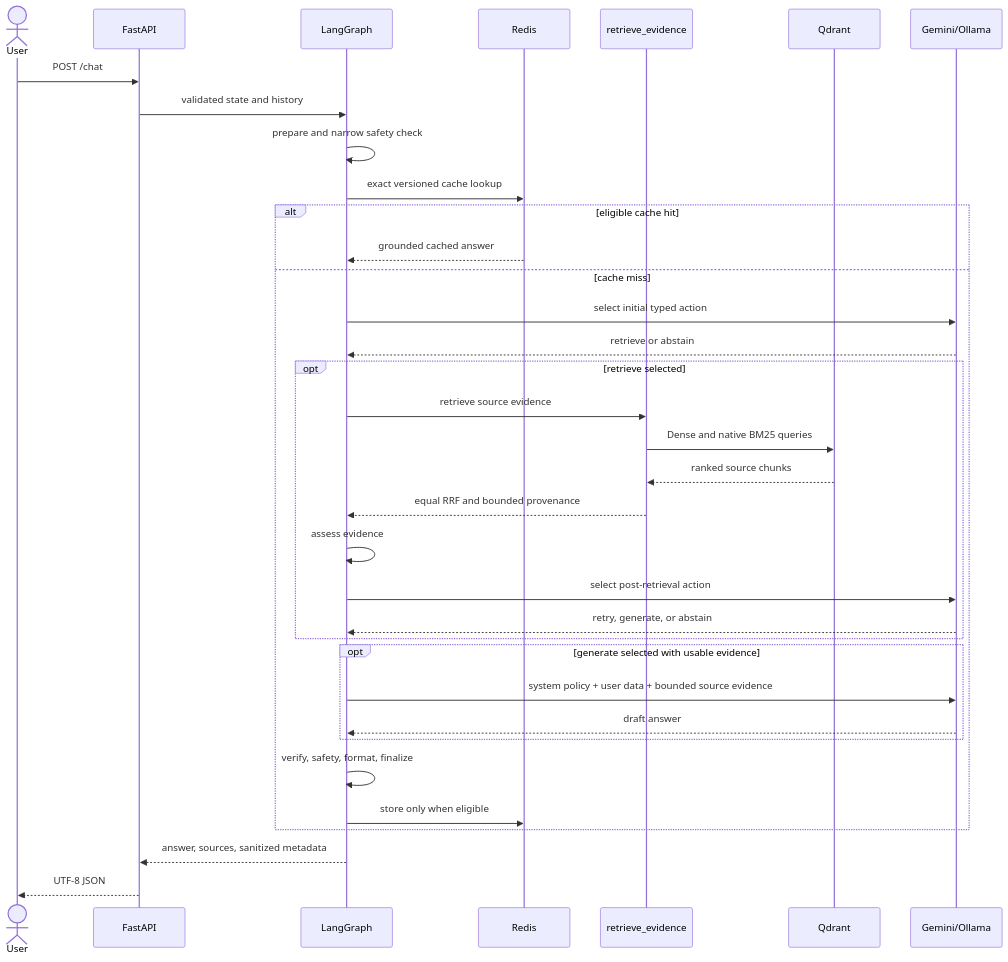
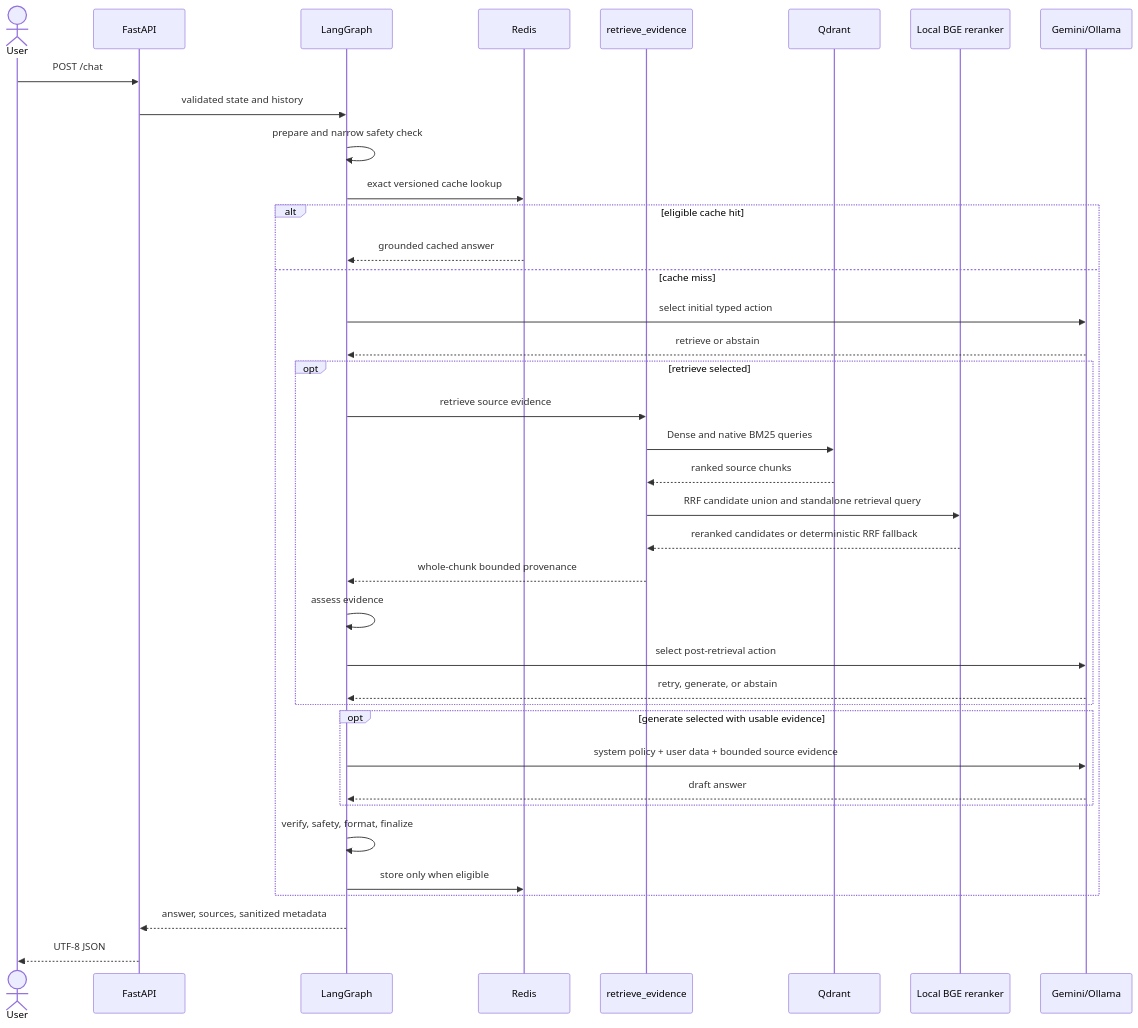
Before and after one commit to MinhHoang1403/Acne_Advisor_AI: the diagram in docs/AGENT_WORKFLOW.md, drawn with Mermaid. The commit also changed 46 other files, not shown here.

````diff
--- a/docs/AGENT_WORKFLOW.md
+++ b/docs/AGENT_WORKFLOW.md
@@ -44,38 +44,41 @@
 ```mermaid
 sequenceDiagram
     actor User
     participant API as FastAPI
     participant Agent as LangGraph
     participant Cache as Redis
     participant Tool as retrieve_evidence
     participant Qdrant
+    participant Reranker as Local BGE reranker
     participant LLM as Gemini/Ollama
 
     User->>API: POST /chat
     API->>Agent: validated state and history
     Agent->>Agent: prepare and narrow safety check
     Agent->>Cache: exact versioned cache lookup
     alt eligible cache hit
         Cache-->>Agent: grounded cached answer
     else cache miss
         Agent->>LLM: select initial typed action
         LLM-->>Agent: retrieve or abstain
         opt retrieve selected
             Agent->>Tool: retrieve source evidence
             Tool->>Qdrant: Dense and native BM25 queries
             Qdrant-->>Tool: ranked source chunks
-            Tool-->>Agent: equal RRF and bounded provenance
+            Tool->>Reranker: RRF candidate union and standalone retrieval query
+            Reranker-->>Tool: reranked candidates or deterministic RRF fallback
+            Tool-->>Agent: whole-chunk bounded provenance
             Agent->>Agent: assess evidence
             Agent->>LLM: select post-retrieval action
             LLM-->>Agent: retry, generate, or abstain
         end
         opt generate selected with usable evidence
             Agent->>LLM: system policy + user data + bounded source evidence
             LLM-->>Agent: draft answer
         end
         Agent->>Agent: verify, safety, format, finalize
         Agent->>Cache: store only when eligible
     end
     Agent-->>API: answer, sources, sanitized metadata
     API-->>User: UTF-8 JSON
 ```
````
